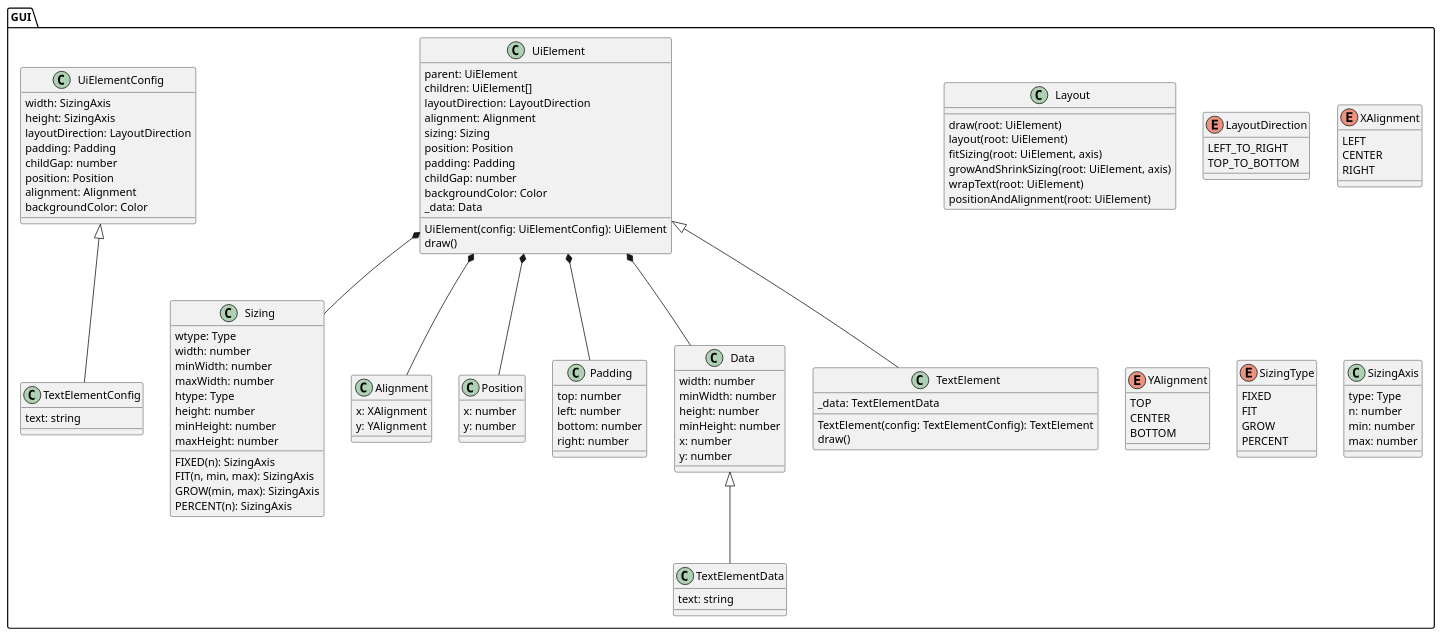
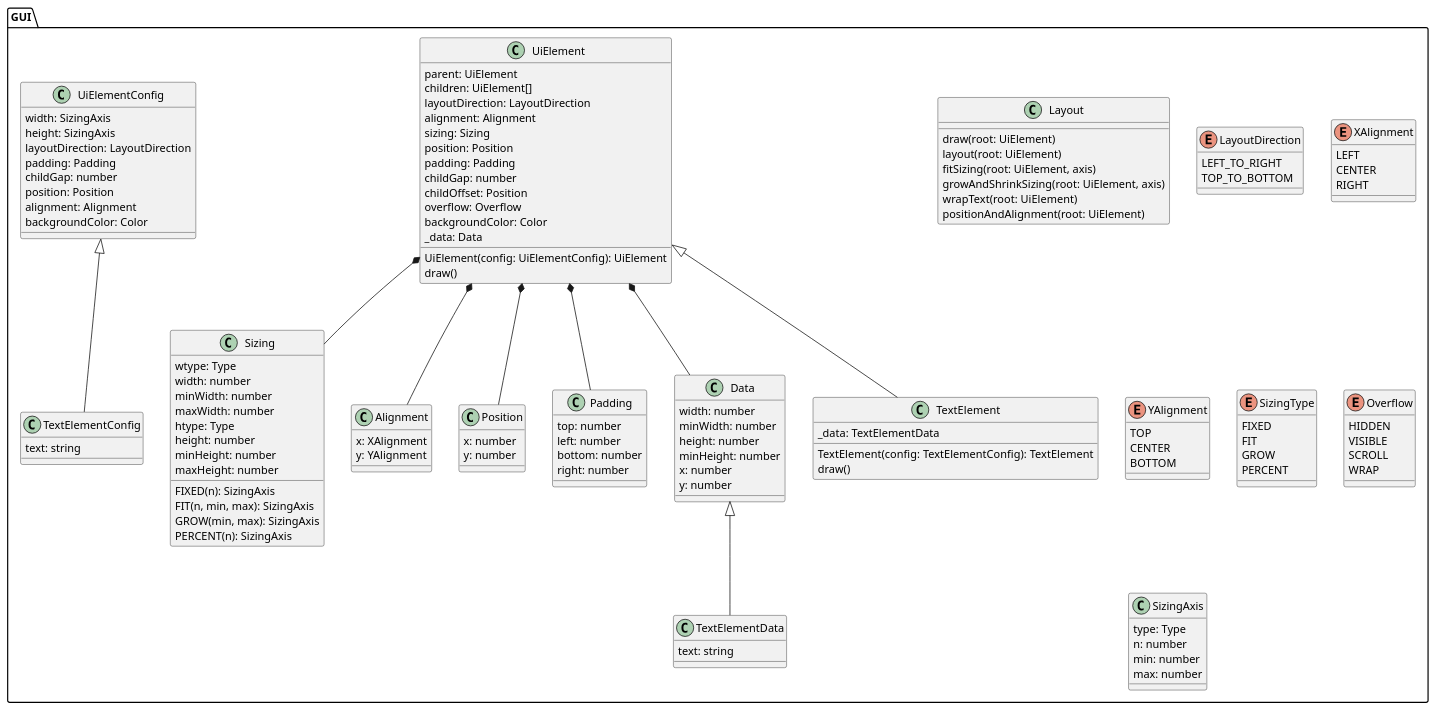
The diagram in doc/diagrams/gui_class.puml (KuerbisKuchen02/CC-ME-System), drawn with PlantUML before and after one commit. The commit also changed 7 other files, not shown here.

```diff
--- a/doc/diagrams/gui_class.puml
+++ b/doc/diagrams/gui_class.puml
@@ -1,139 +1,148 @@
 @startuml GUI Class Diagram
 
 package GUI {
 
     class Layout {
         draw(root: UiElement)
         layout(root: UiElement)
         fitSizing(root: UiElement, axis)
         growAndShrinkSizing(root: UiElement, axis)
         wrapText(root: UiElement)
         positionAndAlignment(root: UiElement)
     }
 
     class UiElement {
         parent: UiElement
         children: UiElement[]
         layoutDirection: LayoutDirection
         alignment: Alignment
         sizing: Sizing
         position: Position
         padding: Padding
         childGap: number
+        childOffset: Position
+        overflow: Overflow
         backgroundColor: Color
         _data: Data
 
         UiElement(config: UiElementConfig): UiElement
         draw()
     }
 
     enum LayoutDirection {
         LEFT_TO_RIGHT
         TOP_TO_BOTTOM
     }
 
     enum XAlignment {
         LEFT
         CENTER
         RIGHT
     }
 
     enum YAlignment {
         TOP
         CENTER
         BOTTOM
     }
 
 
     enum SizingType {
         FIXED
         FIT
         GROW
         PERCENT
+    }
+
+    enum Overflow {
+        HIDDEN
+        VISIBLE
+        SCROLL
+        WRAP
     }
 
     class SizingAxis {
         type: Type
         n: number
         min: number
         max: number
 
     }
 
     class Sizing {
         wtype: Type
         width: number
         minWidth: number
         maxWidth: number
         htype: Type
         height: number
         minHeight: number
         maxHeight: number
 
         FIXED(n): SizingAxis
         FIT(n, min, max): SizingAxis
         GROW(min, max): SizingAxis
         PERCENT(n): SizingAxis
     }
 
 
     class Alignment {
         x: XAlignment
         y: YAlignment
     }
 
     class Position {
         x: number
         y: number
     }
 
     class Padding {
         top: number
         left: number
         bottom: number
         right: number
     }
 
     class Data {
         width: number
         minWidth: number
         height: number
         minHeight: number
         x: number
         y: number
     }
 
     class UiElementConfig {
         width: SizingAxis
         height: SizingAxis
         layoutDirection: LayoutDirection
         padding: Padding
         childGap: number
         position: Position
         alignment: Alignment
         backgroundColor: Color
     }
 
     class TextElementData extends Data {
         text: string
     }
 
     class TextElementConfig extends UiElementConfig {
         text: string
     }
 
     class TextElement extends UiElement {
         _data: TextElementData
         
         TextElement(config: TextElementConfig): TextElement
         draw()
     }
 
     UiElement *-- Sizing
     UiElement *-- Alignment
     UiElement *-- Position
     UiElement *-- Padding
     UiElement *-- Data
 }
 
 @enduml
```
